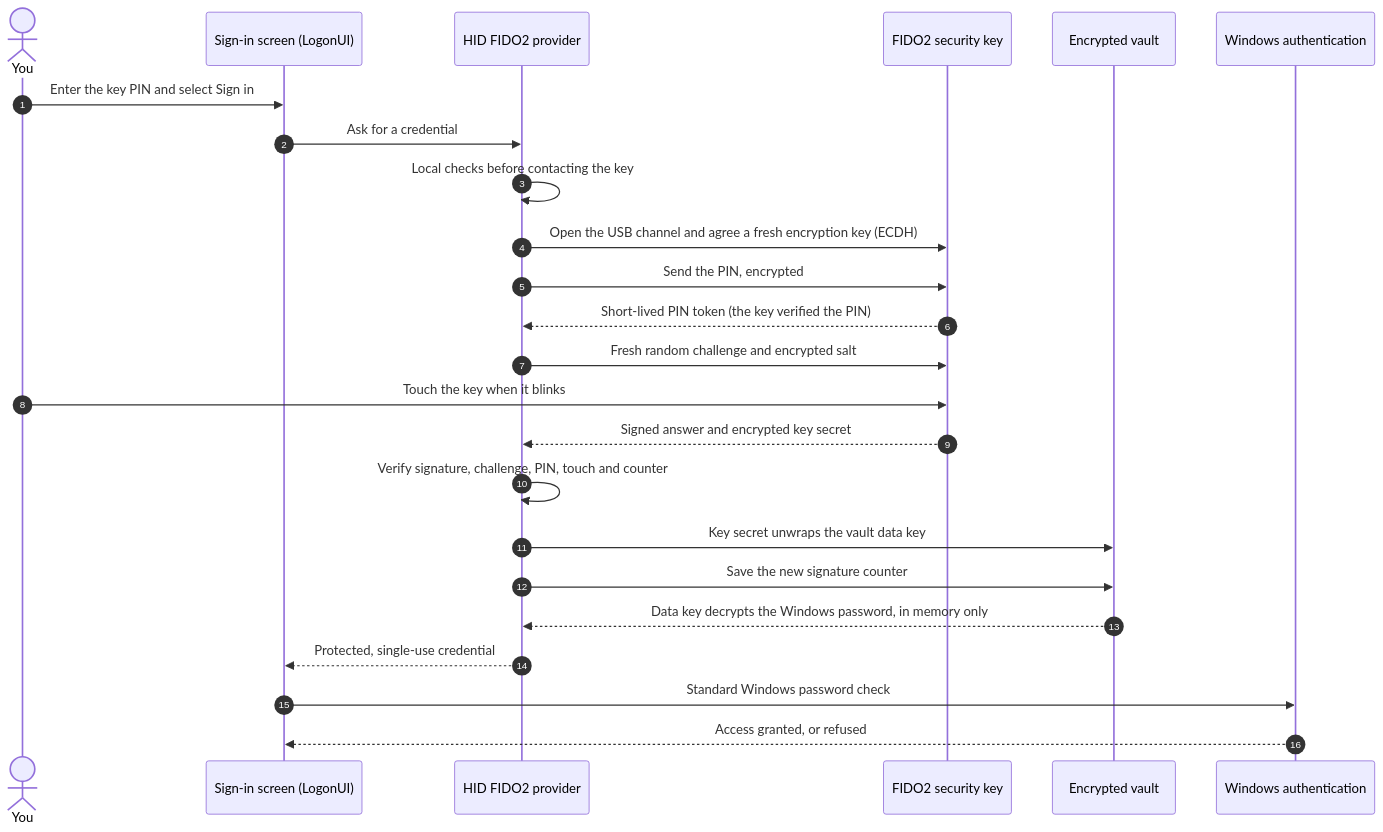
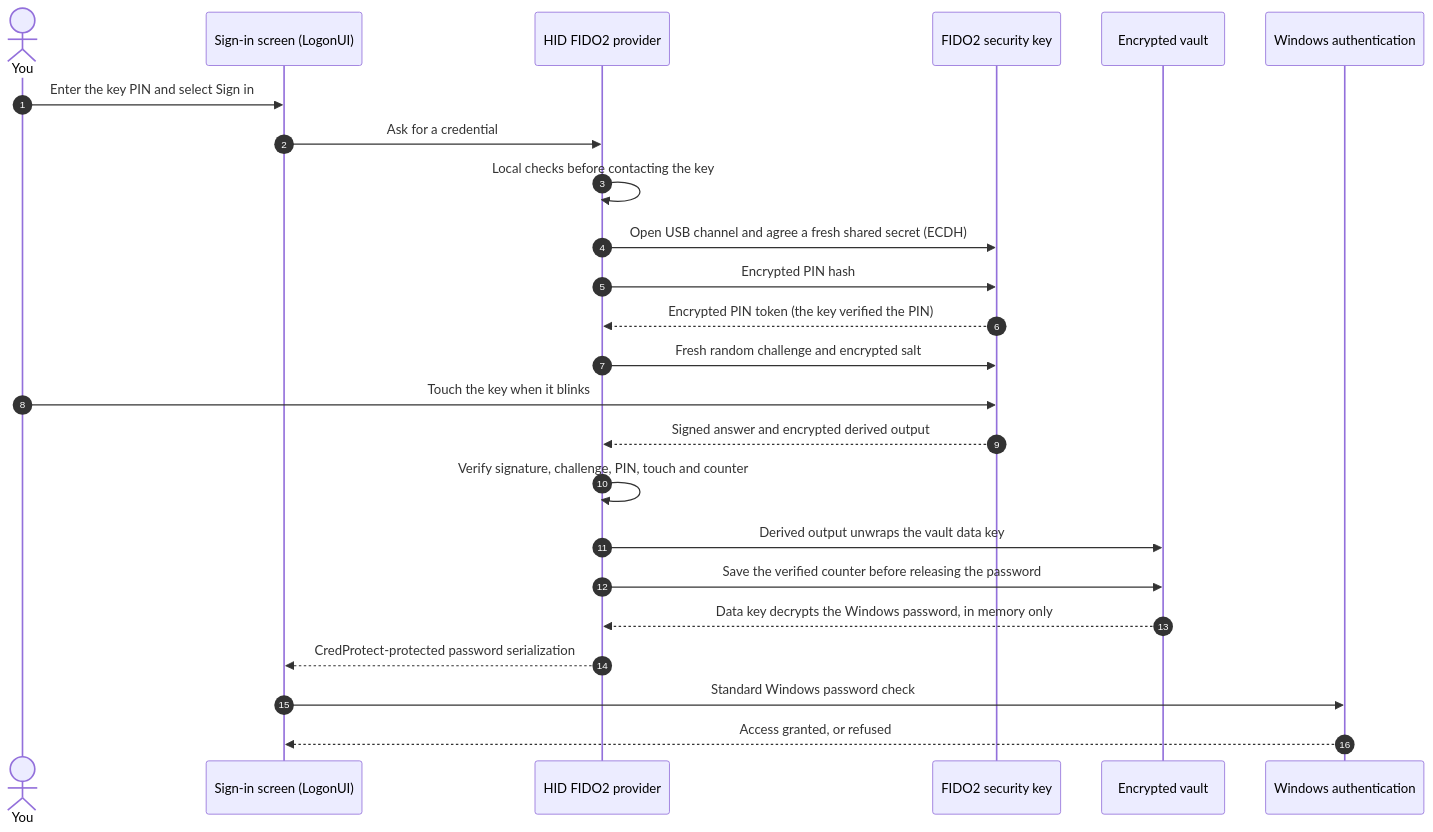
The diagram in docs/security-overview.md (emilius3m/HID-FIDO2-Windows-Logon), drawn with Mermaid before and after one commit. The commit also changed other lines of this file and 11 other files, not shown here.

````diff
--- a/docs/security-overview.md
+++ b/docs/security-overview.md
@@ -38,26 +40,26 @@
 ```mermaid
 sequenceDiagram
     autonumber
     actor U as You
     participant L as Sign-in screen (LogonUI)
     participant P as HID FIDO2 provider
     participant K as FIDO2 security key
     participant V as Encrypted vault
     participant W as Windows authentication
     U->>L: Enter the key PIN and select Sign in
     L->>P: Ask for a credential
     P->>P: Local checks before contacting the key
-    P->>K: Open the USB channel and agree a fresh encryption key (ECDH)
-    P->>K: Send the PIN, encrypted
-    K-->>P: Short-lived PIN token (the key verified the PIN)
+    P->>K: Open USB channel and agree a fresh shared secret (ECDH)
+    P->>K: Encrypted PIN hash
+    K-->>P: Encrypted PIN token (the key verified the PIN)
     P->>K: Fresh random challenge and encrypted salt
     U->>K: Touch the key when it blinks
-    K-->>P: Signed answer and encrypted key secret
+    K-->>P: Signed answer and encrypted derived output
     P->>P: Verify signature, challenge, PIN, touch and counter
-    P->>V: Key secret unwraps the vault data key
-    P->>V: Save the new signature counter
+    P->>V: Derived output unwraps the vault data key
+    P->>V: Save the verified counter before releasing the password
     V-->>P: Data key decrypts the Windows password, in memory only
-    P-->>L: Protected, single-use credential
+    P-->>L: CredProtect-protected password serialization
     L->>W: Standard Windows password check
     W-->>L: Access granted, or refused
 ```
````
